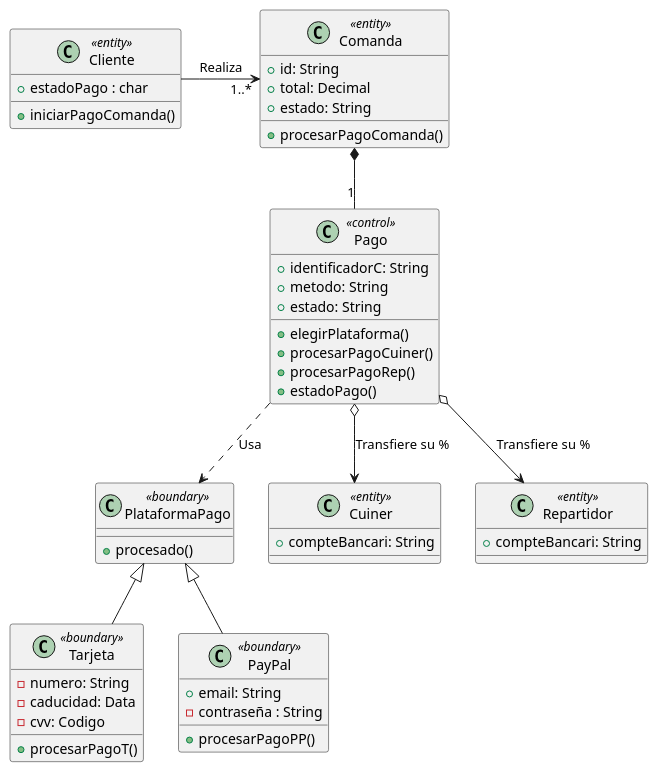
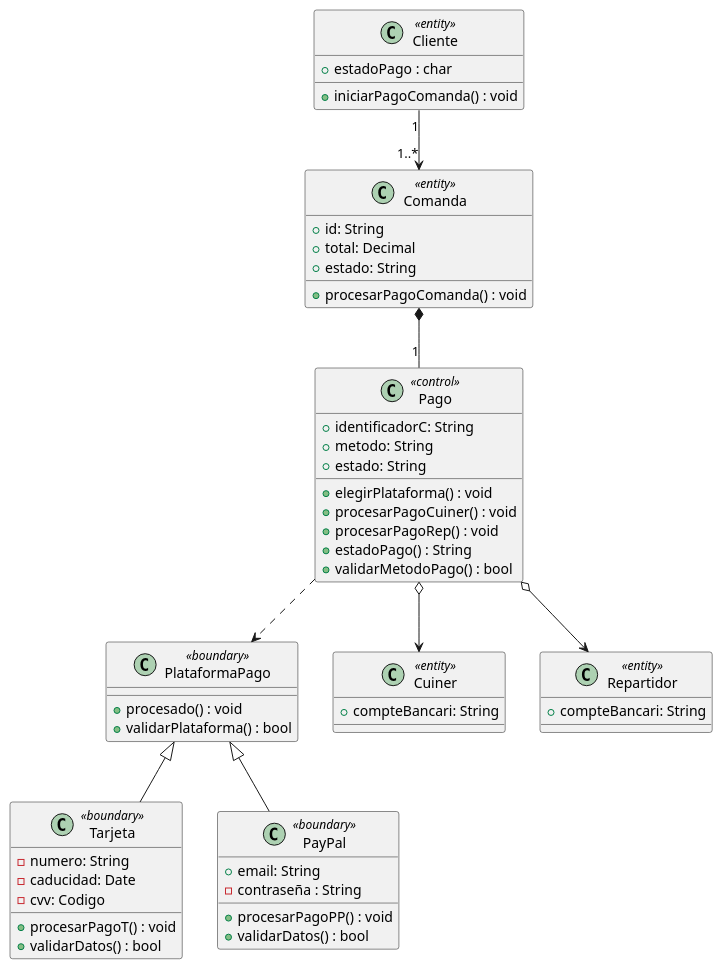
One commit to dabien3/ES25UAB-511-05 changed the diagram in documents/Diagrama Clases/CodeUML/bloq4.pUML. Above: the diagram before and after it, drawn with PlantUML.

```diff
--- a/documents/Diagrama Clases/CodeUML/bloq4.pUML
+++ b/documents/Diagrama Clases/CodeUML/bloq4.pUML
@@ -1,64 +1,64 @@
 @startuml
 
 class Cliente <<entity>> {
   + estadoPago : char
-  + iniciarPagoComanda()
+  + iniciarPagoComanda() : void
 }
 
 class Comanda <<entity>> {
   + id: String
   + total: Decimal
   + estado: String
-  + procesarPagoComanda()
+  + procesarPagoComanda() : void
 }
 
 class Pago <<control>> {
   + identificadorC: String
   + metodo: String
   + estado: String
-  + elegirPlataforma()
-  + procesarPagoCuiner()
-  + procesarPagoRep()
-  + estadoPago()
-  
+  + elegirPlataforma() : void
+  + procesarPagoCuiner() : void
+  + procesarPagoRep() : void
+  + estadoPago() : String
+  + validarMetodoPago() : bool
 }
 
 class Cuiner <<entity>> {
   + compteBancari: String
 }
 
 class Repartidor <<entity>> {
   + compteBancari: String
 }
 
-class "Tarjeta" <<boundary>> {
+class Tarjeta <<boundary>> {
   - numero: String
-  - caducidad: Data
+  - caducidad: Date
   - cvv: Codigo
-  + procesarPagoT()
+  + procesarPagoT() : void
+  + validarDatos() : bool
 }
 
 class PayPal <<boundary>> {
   + email: String
   - contraseña : String
-  + procesarPagoPP()
-
+  + procesarPagoPP() : void
+  + validarDatos() : bool
 }
 
 class PlataformaPago <<boundary>> {
-  + procesado()
- 
+  + procesado() : void
+  + validarPlataforma() : bool
 }
 
-Cliente -> "1..*" Comanda : "Realiza"
 
+Cliente "1" --> "1..*" Comanda 
 Comanda *-- "1" Pago 
-Pago ..> PlataformaPago : "Usa" 
+Pago ..> PlataformaPago 
+Pago o--> Cuiner 
+Pago o--> Repartidor 
+Tarjeta -up-|> PlataformaPago 
+PayPal -up-|> PlataformaPago
 
-Pago o--> Cuiner : "Transfiere su %"
-Pago o--> Repartidor : "Transfiere su %"
-
-Tarjeta -up-|> PlataformaPago 
-PayPal -up-|> PlataformaPago 
 
 @enduml
```
